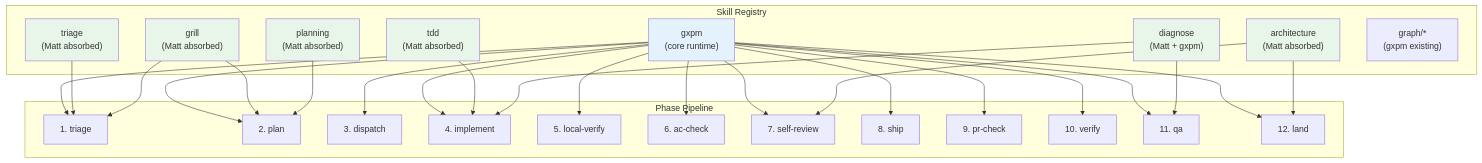
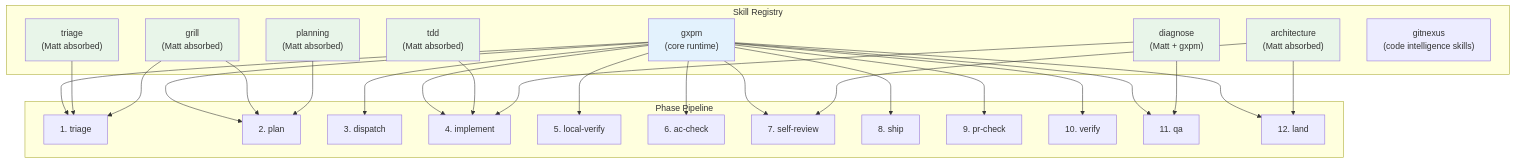
Before and after one commit to laozhong86/gxpm: the second of 4 diagrams in docs/architecture/gxpm-target-architecture.md, drawn with Mermaid. The commit also changed other lines of this file and 13 other files, not shown here.

First line of the commit message:
GXPM-100: 全面移除 code-review-graph 引用，迁移至 GitNexus

````diff
--- a/docs/architecture/gxpm-target-architecture.md
+++ b/docs/architecture/gxpm-target-architecture.md
@@ -236,59 +236,59 @@
 ```mermaid
 flowchart TB
     subgraph "Skill Registry"
         GXPM["gxpm<br/>(core runtime)"]
         TRIAGE_SKILL["triage<br/>(Matt absorbed)"]
         GRILL["grill<br/>(Matt absorbed)"]
         PLANNING["planning<br/>(Matt absorbed)"]
         TDD["tdd<br/>(Matt absorbed)"]
         DIAGNOSE["diagnose<br/>(Matt + gxpm)"]
         ARCH["architecture<br/>(Matt absorbed)"]
-        GRAPH["graph/*<br/>(gxpm existing)"]
+        GITNEXUS_SKILLS["gitnexus<br/>(code intelligence skills)"]
     end
 
     subgraph "Phase Pipeline"
         TRIAGE["1. triage"]
         PLAN["2. plan"]
         DISPATCH["3. dispatch"]
         IMPLEMENT["4. implement"]
         LOCAL_VERIFY["5. local-verify"]
         AC_CHECK["6. ac-check"]
         SELF_REVIEW["7. self-review"]
         SHIP["8. ship"]
         PR_CHECK["9. pr-check"]
         VERIFY["10. verify"]
         QA["11. qa"]
         LAND["12. land"]
     end
 
     GXPM --> TRIAGE
     GXPM --> PLAN
     GXPM --> DISPATCH
     GXPM --> IMPLEMENT
     GXPM --> LOCAL_VERIFY
     GXPM --> AC_CHECK
     GXPM --> SELF_REVIEW
     GXPM --> SHIP
     GXPM --> PR_CHECK
     GXPM --> VERIFY
     GXPM --> QA
     GXPM --> LAND
 
     TRIAGE_SKILL --> TRIAGE
     GRILL --> TRIAGE
     GRILL --> PLAN
     PLANNING --> PLAN
     TDD --> IMPLEMENT
     DIAGNOSE --> IMPLEMENT
     DIAGNOSE --> QA
     ARCH --> SELF_REVIEW
     ARCH --> LAND
 
     style GXPM fill:#e3f2fd
     style TRIAGE_SKILL fill:#e8f5e9
     style GRILL fill:#e8f5e9
     style PLANNING fill:#e8f5e9
     style TDD fill:#e8f5e9
     style DIAGNOSE fill:#e8f5e9
     style ARCH fill:#e8f5e9
 ```
````
